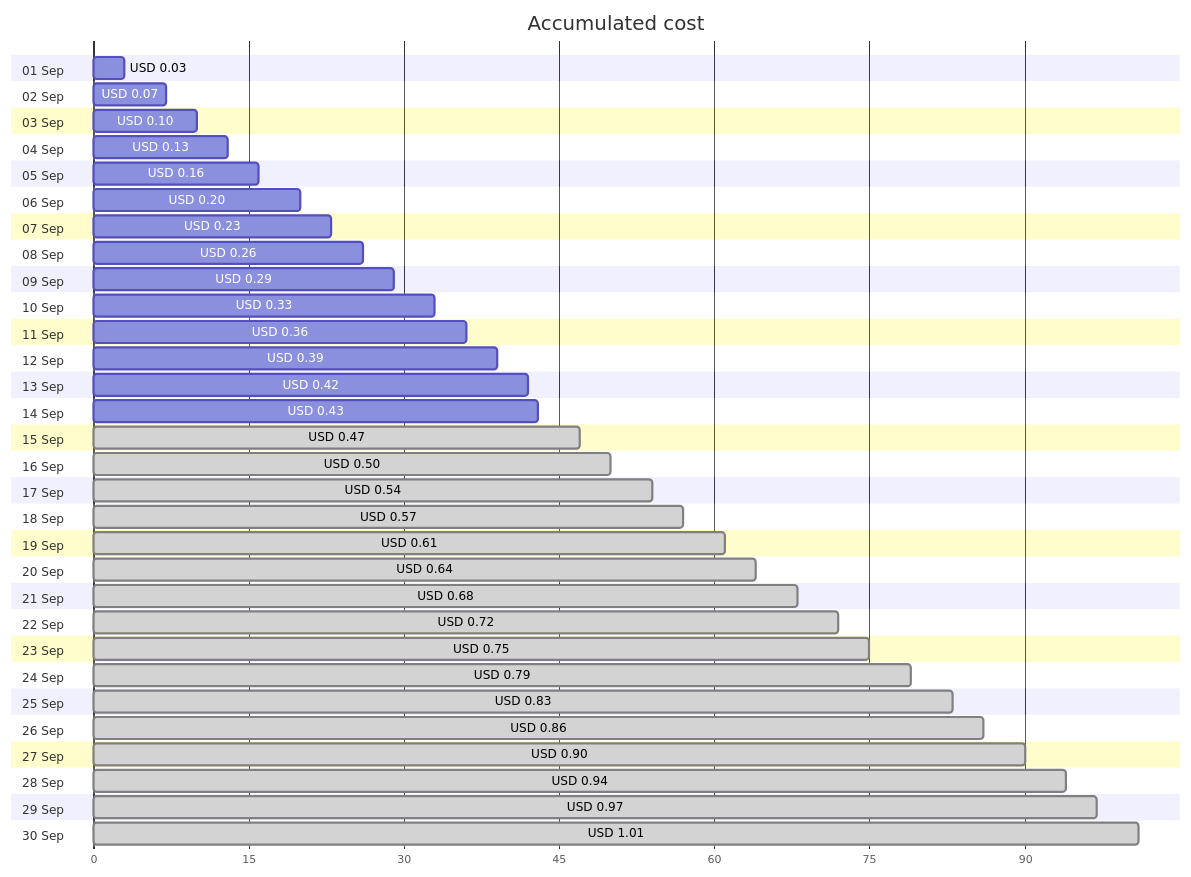
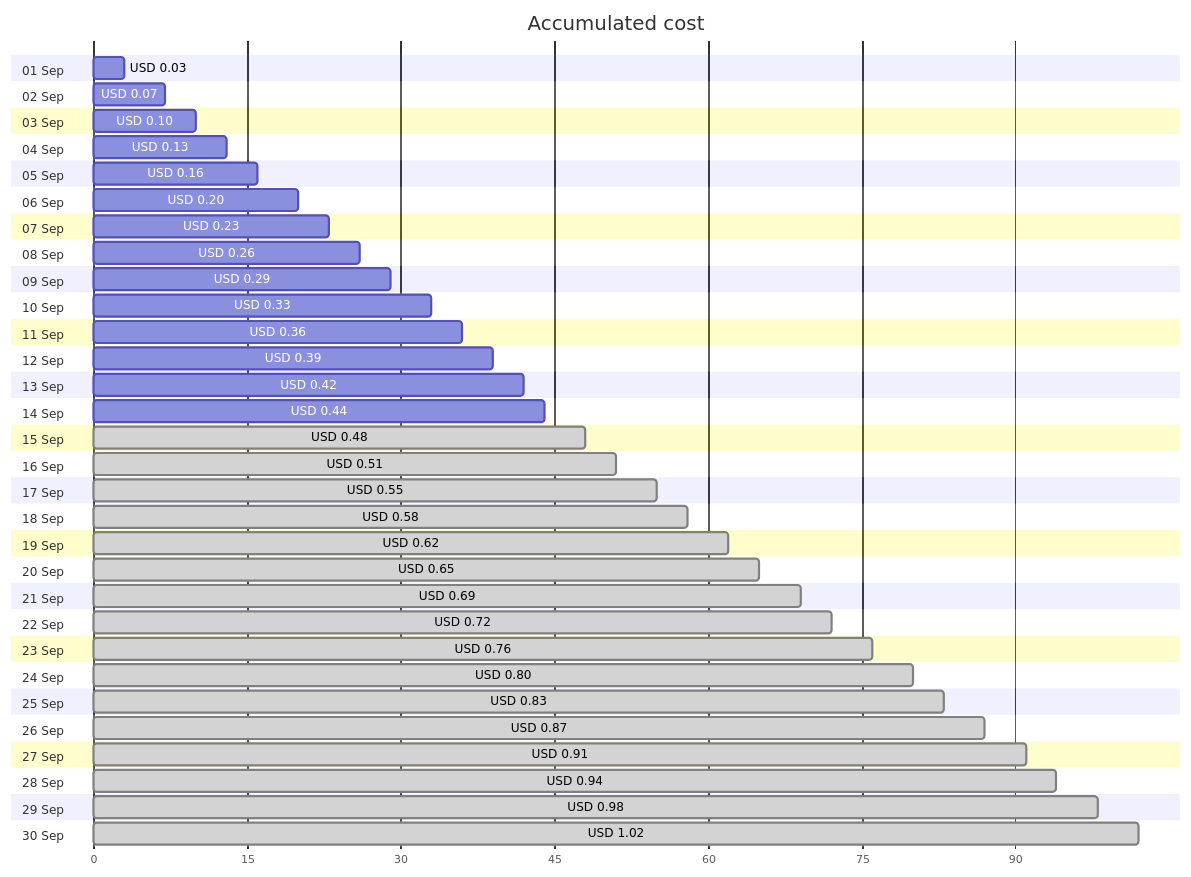
One commit to jpfulton/azure-personal-reports changed the first of 4 diagrams in cost-reports/personal-dns/resource-group-summary.md. Above: the diagram before and after it, drawn with Mermaid. The commit also changed other lines of this file and 32 other files, not shown here.

````diff
--- a/cost-reports/personal-dns/resource-group-summary.md
+++ b/cost-reports/personal-dns/resource-group-summary.md
@@ -20,66 +20,66 @@
 ```mermaid
 gantt
    title Accumulated cost
    dateFormat  X
    axisFormat %s
    section 01 Sep
    USD 0.03 :0, 3
    section 02 Sep
    USD 0.07 :0, 7
    section 03 Sep
    USD 0.10 :0, 10
    section 04 Sep
    USD 0.13 :0, 13
    section 05 Sep
    USD 0.16 :0, 16
    section 06 Sep
    USD 0.20 :0, 20
    section 07 Sep
    USD 0.23 :0, 23
    section 08 Sep
    USD 0.26 :0, 26
    section 09 Sep
    USD 0.29 :0, 29
    section 10 Sep
    USD 0.33 :0, 33
    section 11 Sep
    USD 0.36 :0, 36
    section 12 Sep
    USD 0.39 :0, 39
    section 13 Sep
    USD 0.42 :0, 42
    section 14 Sep
-   USD 0.43 :0, 43
+   USD 0.44 :0, 44
    section 15 Sep
-   USD 0.47 : done, 0, 47
+   USD 0.48 : done, 0, 48
    section 16 Sep
-   USD 0.50 : done, 0, 50
+   USD 0.51 : done, 0, 51
    section 17 Sep
-   USD 0.54 : done, 0, 54
+   USD 0.55 : done, 0, 55
    section 18 Sep
-   USD 0.57 : done, 0, 57
+   USD 0.58 : done, 0, 58
    section 19 Sep
-   USD 0.61 : done, 0, 61
+   USD 0.62 : done, 0, 62
    section 20 Sep
-   USD 0.64 : done, 0, 64
+   USD 0.65 : done, 0, 65
    section 21 Sep
-   USD 0.68 : done, 0, 68
+   USD 0.69 : done, 0, 69
    section 22 Sep
    USD 0.72 : done, 0, 72
    section 23 Sep
-   USD 0.75 : done, 0, 75
+   USD 0.76 : done, 0, 76
    section 24 Sep
-   USD 0.79 : done, 0, 79
+   USD 0.80 : done, 0, 80
    section 25 Sep
    USD 0.83 : done, 0, 83
    section 26 Sep
-   USD 0.86 : done, 0, 86
+   USD 0.87 : done, 0, 87
    section 27 Sep
-   USD 0.90 : done, 0, 90
+   USD 0.91 : done, 0, 91
    section 28 Sep
    USD 0.94 : done, 0, 94
    section 29 Sep
-   USD 0.97 : done, 0, 97
+   USD 0.98 : done, 0, 98
    section 30 Sep
-   USD 1.01 : done, 0, 101
+   USD 1.02 : done, 0, 102
 ```
````
